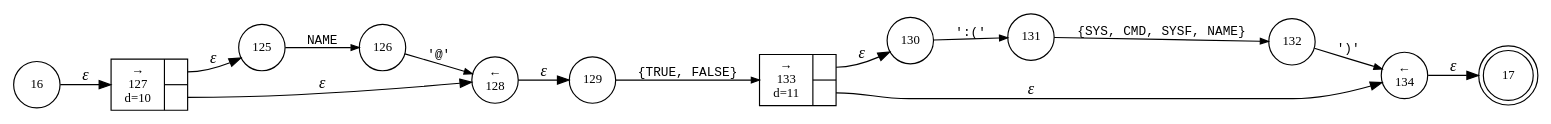
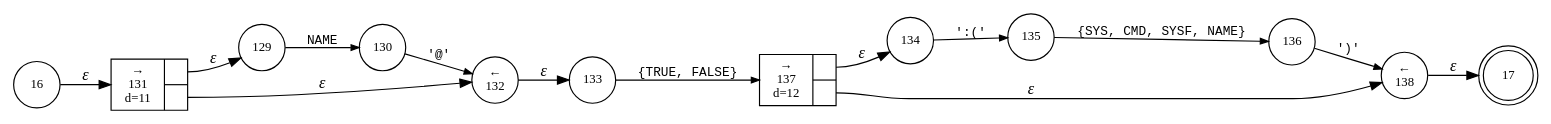
One commit to vulogov/Bund2 changed the diagram in internal/parser/Bund.boolean_term.dot. Above: the diagram before and after it, drawn with Graphviz. The commit also changed 38 other files, not shown here.

```diff
--- a/internal/parser/Bund.boolean_term.dot
+++ b/internal/parser/Bund.boolean_term.dot
@@ -1,28 +1,28 @@
 digraph ATN {
 rankdir=LR;
 s17[fontsize=11, label="17", shape=doublecircle, fixedsize=true, width=.6];
 s16[fontsize=11,label="16", shape=circle, fixedsize=true, width=.55, peripheries=1];
-s128[fontsize=11,label="&larr;\n128", shape=circle, fixedsize=true, width=.55, peripheries=1];
 s129[fontsize=11,label="129", shape=circle, fixedsize=true, width=.55, peripheries=1];
 s130[fontsize=11,label="130", shape=circle, fixedsize=true, width=.55, peripheries=1];
-s131[fontsize=11,label="131", shape=circle, fixedsize=true, width=.55, peripheries=1];
-s132[fontsize=11,label="132", shape=circle, fixedsize=true, width=.55, peripheries=1];
-s133[fontsize=11,label="{&rarr;\n133\nd=11|{<p0>|<p1>}}", shape=record, fixedsize=false, peripheries=1];
-s134[fontsize=11,label="&larr;\n134", shape=circle, fixedsize=true, width=.55, peripheries=1];
-s125[fontsize=11,label="125", shape=circle, fixedsize=true, width=.55, peripheries=1];
-s126[fontsize=11,label="126", shape=circle, fixedsize=true, width=.55, peripheries=1];
-s127[fontsize=11,label="{&rarr;\n127\nd=10|{<p0>|<p1>}}", shape=record, fixedsize=false, peripheries=1];
-s16 -> s127 [fontname="Times-Italic", label="&epsilon;"];
-s127:p0 -> s125 [fontname="Times-Italic", label="&epsilon;"];
-s127:p1 -> s128 [fontname="Times-Italic", label="&epsilon;"];
-s125 -> s126 [fontsize=11, fontname="Courier", arrowsize=.7, label = "NAME", arrowhead = normal];
-s128 -> s129 [fontname="Times-Italic", label="&epsilon;"];
-s126 -> s128 [fontsize=11, fontname="Courier", arrowsize=.7, label = "'@'", arrowhead = normal];
-s129 -> s133 [fontsize=11, fontname="Courier", arrowsize=.7, label = "{TRUE, FALSE}", arrowhead = normal];
-s133:p0 -> s130 [fontname="Times-Italic", label="&epsilon;"];
-s133:p1 -> s134 [fontname="Times-Italic", label="&epsilon;"];
-s130 -> s131 [fontsize=11, fontname="Courier", arrowsize=.7, label = "':('", arrowhead = normal];
-s134 -> s17 [fontname="Times-Italic", label="&epsilon;"];
-s131 -> s132 [fontsize=11, fontname="Courier", arrowsize=.7, label = "{SYS, CMD, SYSF, NAME}", arrowhead = normal];
-s132 -> s134 [fontsize=11, fontname="Courier", arrowsize=.7, label = "')'", arrowhead = normal];
+s131[fontsize=11,label="{&rarr;\n131\nd=11|{<p0>|<p1>}}", shape=record, fixedsize=false, peripheries=1];
+s132[fontsize=11,label="&larr;\n132", shape=circle, fixedsize=true, width=.55, peripheries=1];
+s133[fontsize=11,label="133", shape=circle, fixedsize=true, width=.55, peripheries=1];
+s134[fontsize=11,label="134", shape=circle, fixedsize=true, width=.55, peripheries=1];
+s135[fontsize=11,label="135", shape=circle, fixedsize=true, width=.55, peripheries=1];
+s136[fontsize=11,label="136", shape=circle, fixedsize=true, width=.55, peripheries=1];
+s137[fontsize=11,label="{&rarr;\n137\nd=12|{<p0>|<p1>}}", shape=record, fixedsize=false, peripheries=1];
+s138[fontsize=11,label="&larr;\n138", shape=circle, fixedsize=true, width=.55, peripheries=1];
+s16 -> s131 [fontname="Times-Italic", label="&epsilon;"];
+s131:p0 -> s129 [fontname="Times-Italic", label="&epsilon;"];
+s131:p1 -> s132 [fontname="Times-Italic", label="&epsilon;"];
+s129 -> s130 [fontsize=11, fontname="Courier", arrowsize=.7, label = "NAME", arrowhead = normal];
+s132 -> s133 [fontname="Times-Italic", label="&epsilon;"];
+s130 -> s132 [fontsize=11, fontname="Courier", arrowsize=.7, label = "'@'", arrowhead = normal];
+s133 -> s137 [fontsize=11, fontname="Courier", arrowsize=.7, label = "{TRUE, FALSE}", arrowhead = normal];
+s137:p0 -> s134 [fontname="Times-Italic", label="&epsilon;"];
+s137:p1 -> s138 [fontname="Times-Italic", label="&epsilon;"];
+s134 -> s135 [fontsize=11, fontname="Courier", arrowsize=.7, label = "':('", arrowhead = normal];
+s138 -> s17 [fontname="Times-Italic", label="&epsilon;"];
+s135 -> s136 [fontsize=11, fontname="Courier", arrowsize=.7, label = "{SYS, CMD, SYSF, NAME}", arrowhead = normal];
+s136 -> s138 [fontsize=11, fontname="Courier", arrowsize=.7, label = "')'", arrowhead = normal];
 }
```
